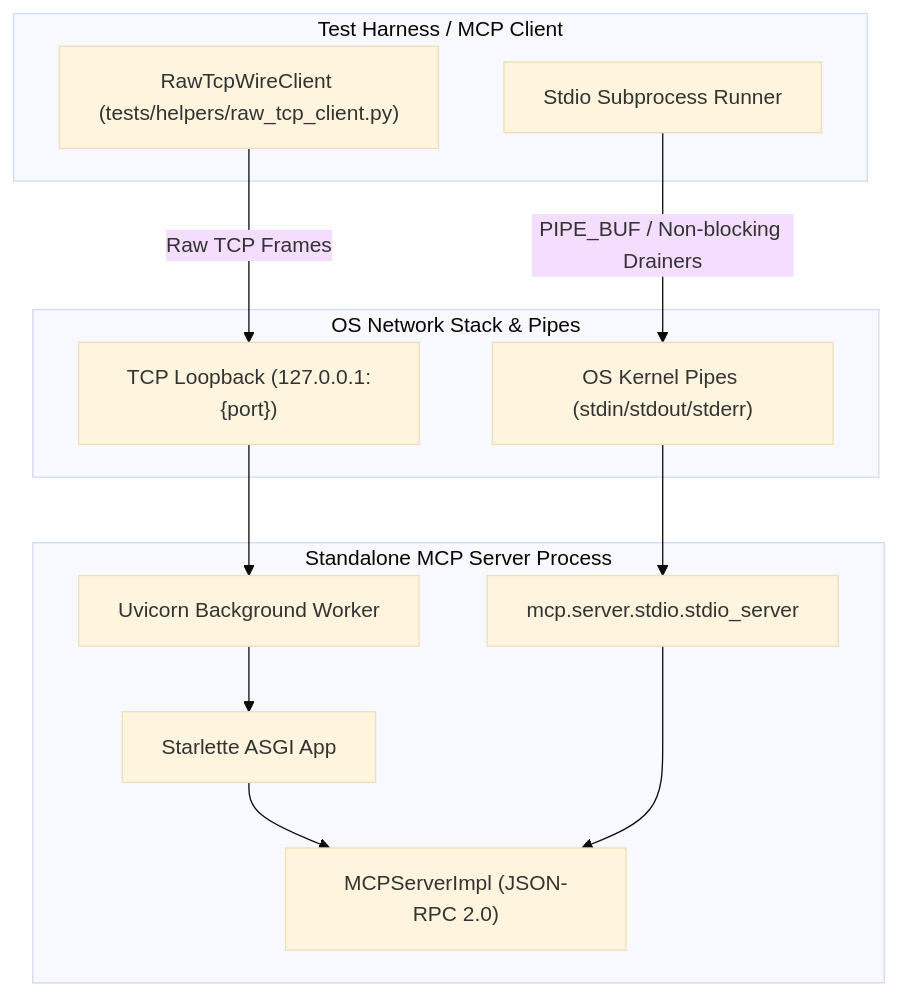
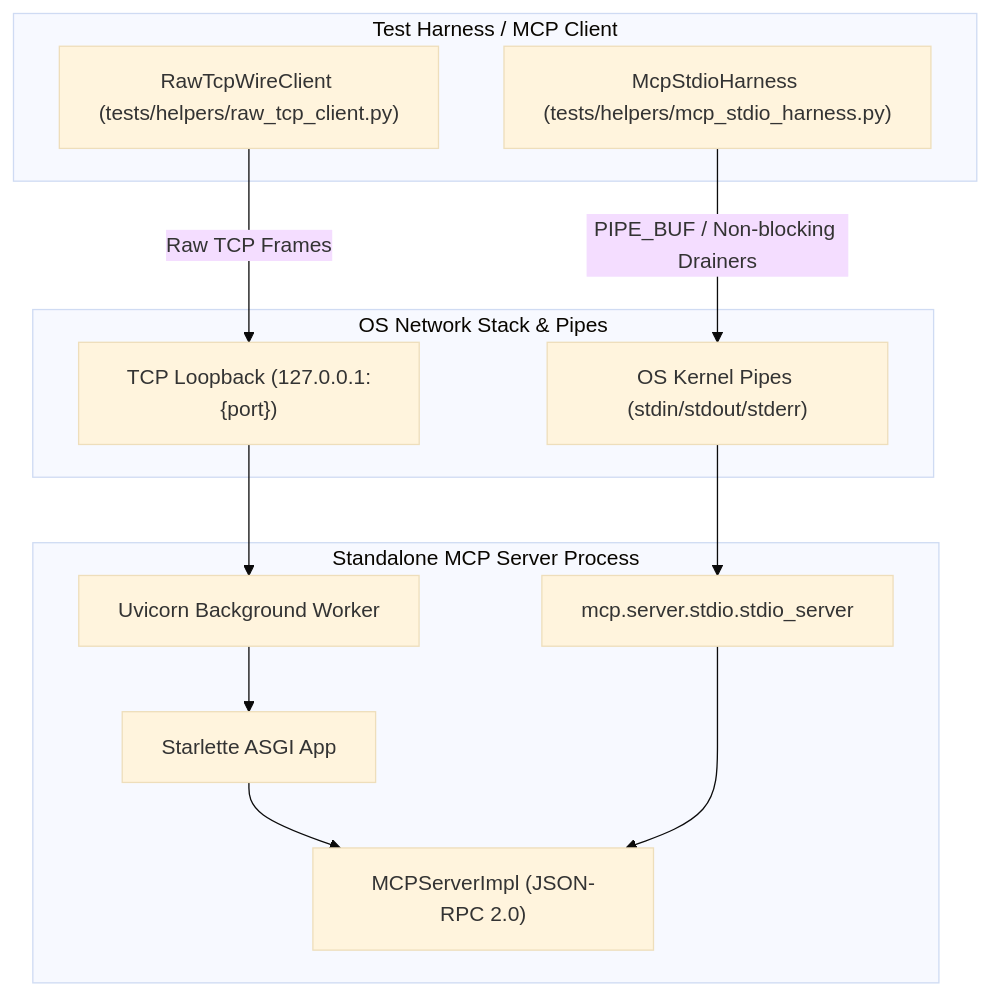
Before and after one commit to koctep/pypost: the diagram in doc/dev/mcp_standalone_wire_ipc_stress.md, drawn with Mermaid (base theme). The commit also changed other lines of this file and 9 other files, not shown here.

Commit message:
refactoring(tests): PYPOST-1429 encapsulate subprocess stdio IPC harness

````diff
--- a/doc/dev/mcp_standalone_wire_ipc_stress.md
+++ b/doc/dev/mcp_standalone_wire_ipc_stress.md
@@ -31,28 +35,28 @@
 ```mermaid
 flowchart TD
     subgraph ClientHarness["Test Harness / MCP Client"]
         WireClient["RawTcpWireClient (tests/helpers/raw_tcp_client.py)"]
-        StdioHarness["Stdio Subprocess Runner"]
+        StdioHarness["McpStdioHarness (tests/helpers/mcp_stdio_harness.py)"]
     end
 
     subgraph NetworkStack["OS Network Stack & Pipes"]
         Loopback["TCP Loopback (127.0.0.1:{port})"]
         Pipes["OS Kernel Pipes (stdin/stdout/stderr)"]
     end
 
     subgraph StandaloneServer["Standalone MCP Server Process"]
         Uvicorn["Uvicorn Background Worker"]
         Starlette["Starlette ASGI App"]
         StdioServer["mcp.server.stdio.stdio_server"]
         ServerImpl["MCPServerImpl (JSON-RPC 2.0)"]
     end
 
     WireClient -->|Raw TCP Frames| Loopback
     Loopback --> Uvicorn
     Uvicorn --> Starlette
     Starlette --> ServerImpl
 
     StdioHarness -->|PIPE_BUF / Non-blocking Drainers| Pipes
     Pipes --> StdioServer
     StdioServer --> ServerImpl
 ```
````
